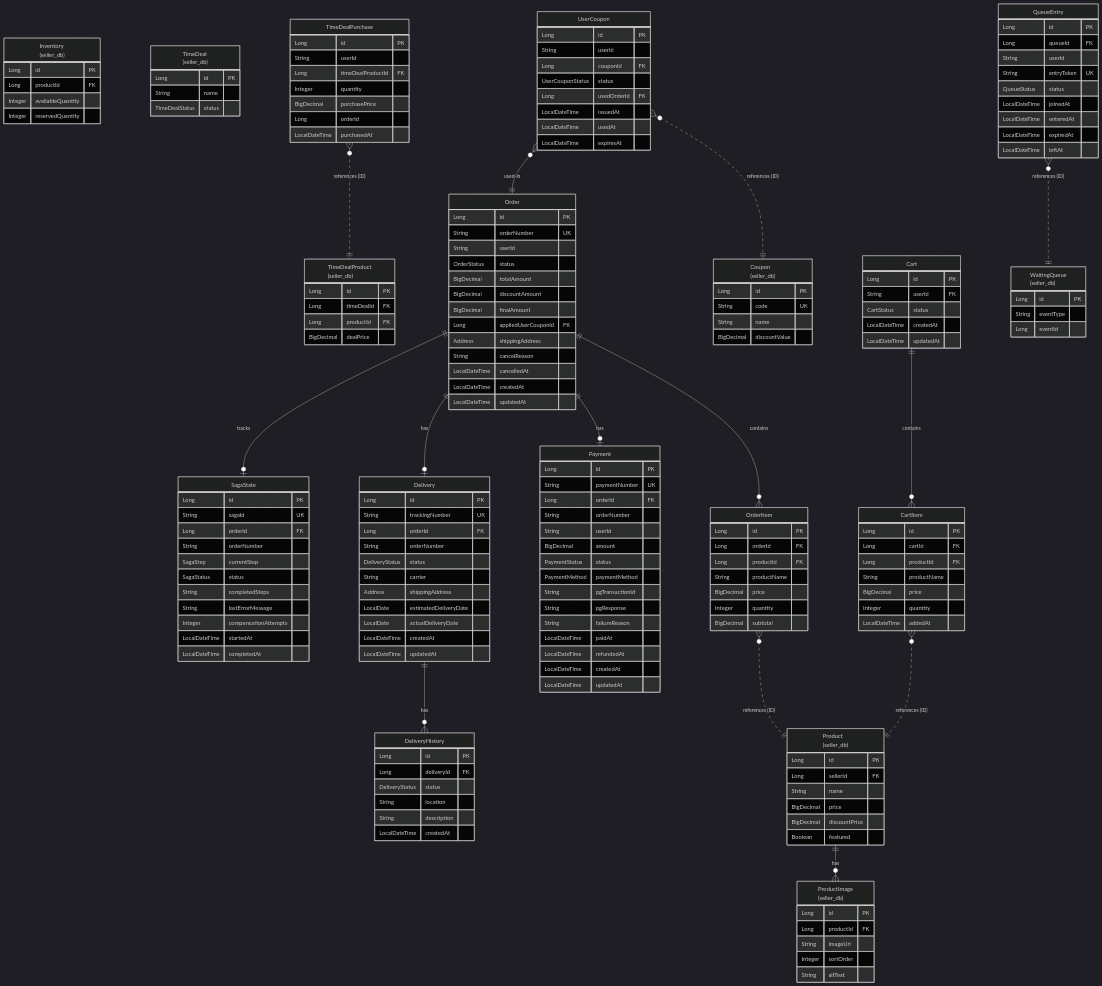
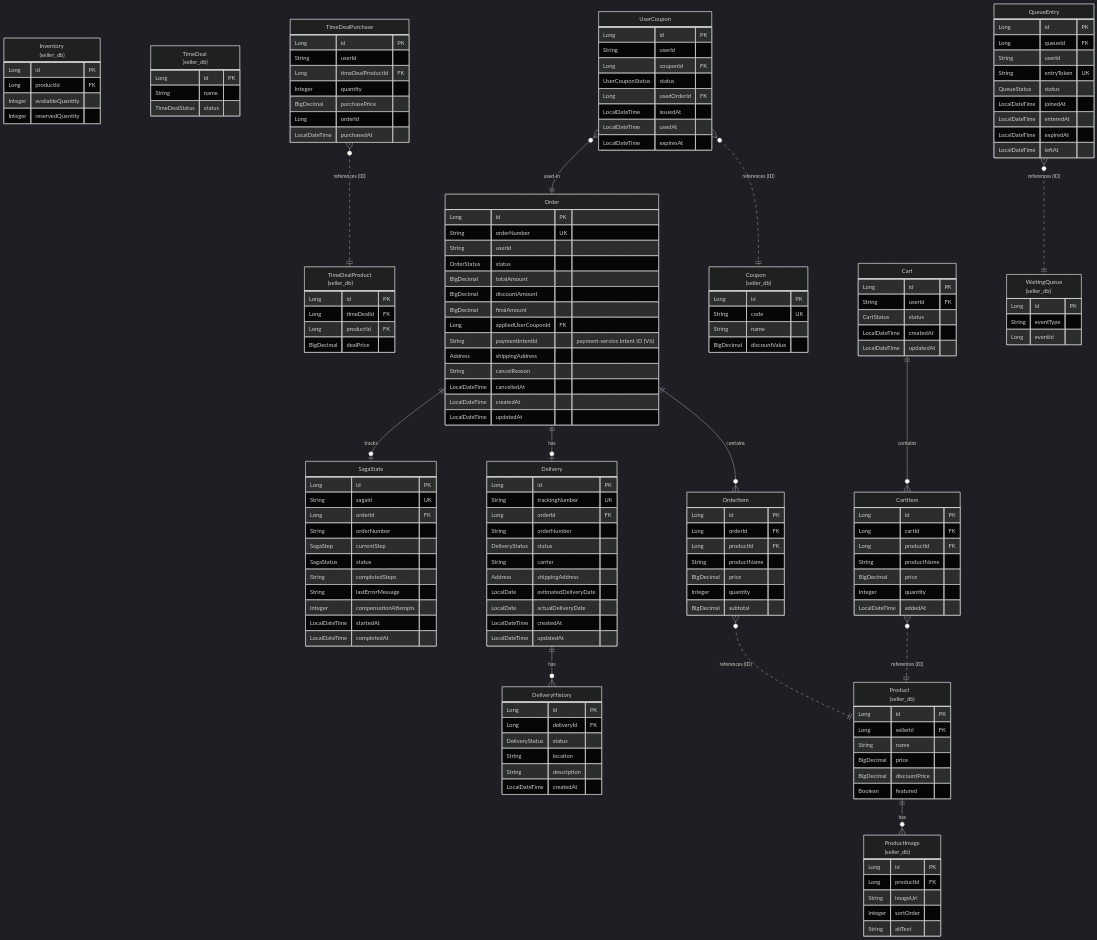
The diagram in docs/architecture/database/shopping-service-schema.md (L-a-z-e/portal-universe), drawn with Mermaid (dark theme) before and after one commit. The commit also changed other lines of this file and 202 other files, not shown here.

First line of the commit message:
feat(common): standardize LocalDateTime to Instant across all services

```diff
--- a/docs/architecture/database/shopping-service-schema.md
+++ b/docs/architecture/database/shopping-service-schema.md
@@ -92,6 +94,7 @@
         BigDecimal discountAmount
         BigDecimal finalAmount
         Long appliedUserCouponId FK
+        String paymentIntentId "payment-service Intent ID (V6)"
         Address shippingAddress
         String cancelReason
         LocalDateTime cancelledAt
@@ -109,23 +112,7 @@
         BigDecimal subtotal
     }
 
-    Payment {
-        Long id PK
-        String paymentNumber UK
-        Long orderId FK
-        String orderNumber
-        String userId
-        BigDecimal amount
-        PaymentStatus status
-        PaymentMethod paymentMethod
-        String pgTransactionId
-        String pgResponse
-        String failureReason
-        LocalDateTime paidAt
-        LocalDateTime refundedAt
-        LocalDateTime createdAt
-        LocalDateTime updatedAt
-    }
+    %% Payment 엔티티는 payment-service (payment_db)로 이전됨 (2026-02-28)
 
     Delivery {
         Long id PK
@@ -200,7 +187,7 @@
     %% shopping_db 내부 관계
     Cart ||--o{ CartItem : contains
     Order ||--o{ OrderItem : contains
-    Order ||--o| Payment : has
+    %% Payment는 payment_db에서 관리 (payment-service)
     Order ||--o| Delivery : has
     Order ||--o| SagaState : tracks
     Delivery ||--o{ DeliveryHistory : has
```
